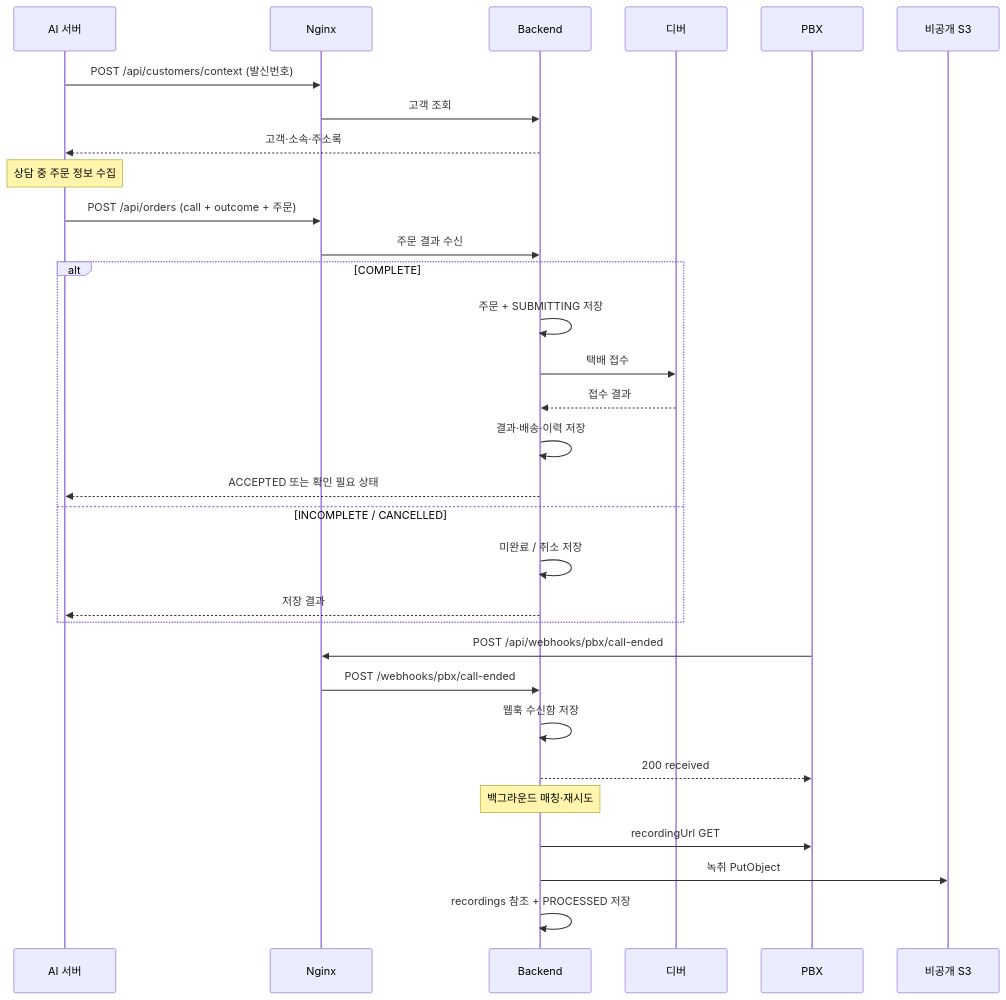
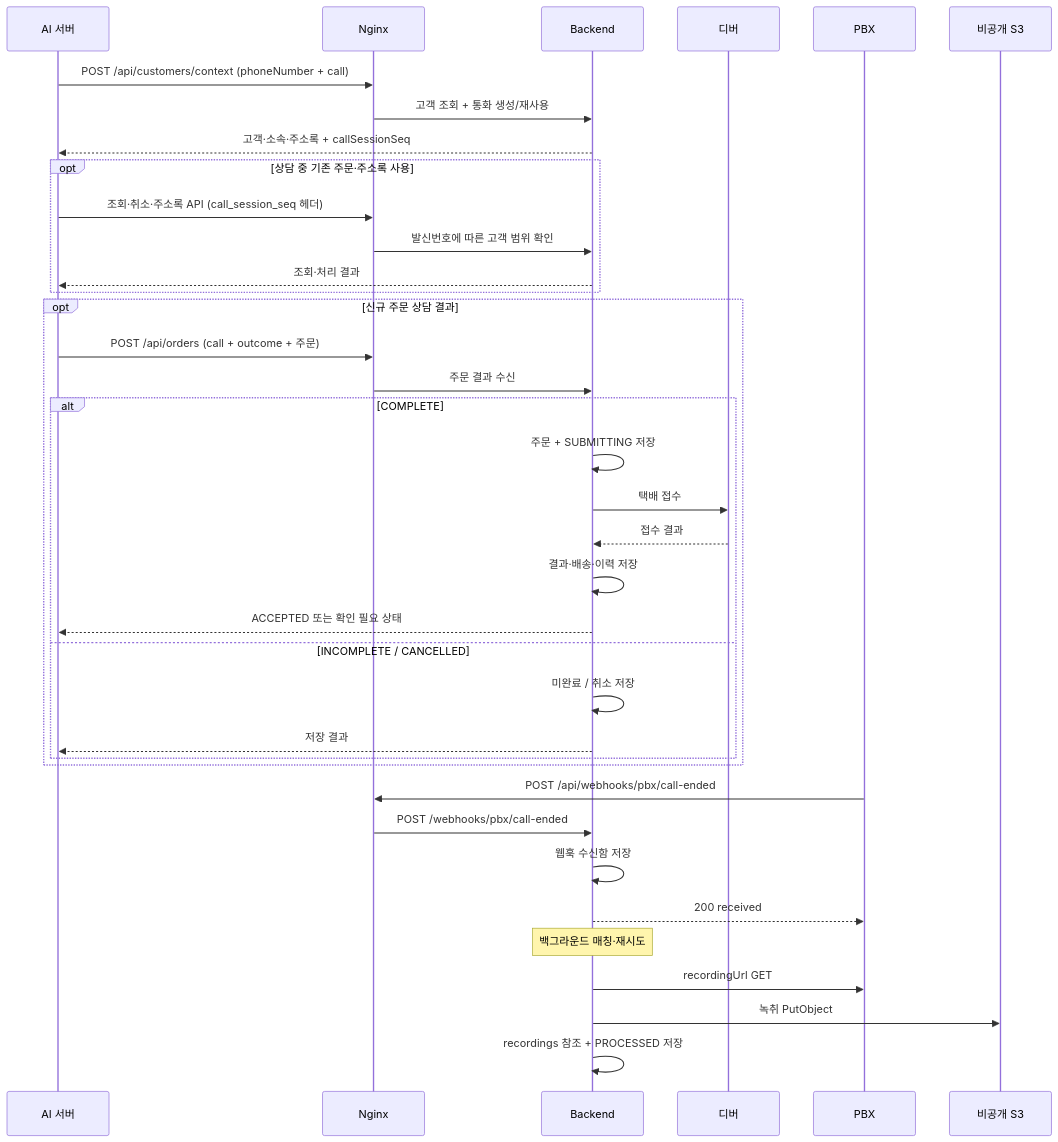
One commit to 42JH/DVA changed the diagram in docs/api/ai-pbx-recordings.md. Above: the diagram before and after it, drawn with Mermaid. The commit also changed other lines of this file and 7 other files, not shown here.

````diff
--- a/docs/api/ai-pbx-recordings.md
+++ b/docs/api/ai-pbx-recordings.md
@@ -7,33 +7,39 @@
 ```mermaid
 sequenceDiagram
   participant AI as AI 서버
   participant N as Nginx
   participant B as Backend
   participant D as 디버
   participant P as PBX
   participant S as 비공개 S3
-  AI->>N: POST /api/customers/context (발신번호)
-  N->>B: 고객 조회
-  B-->>AI: 고객·소속·주소록
-  Note over AI: 상담 중 주문 정보 수집
+  AI->>N: POST /api/customers/context (phoneNumber + call)
+  N->>B: 고객 조회 + 통화 생성/재사용
+  B-->>AI: 고객·소속·주소록 + callSessionSeq
+  opt 상담 중 기존 주문·주소록 사용
+    AI->>N: 조회·취소·주소록 API (call_session_seq 헤더)
+    N->>B: 발신번호에 따른 고객 범위 확인
+    B-->>AI: 조회·처리 결과
+  end
+  opt 신규 주문 상담 결과
   AI->>N: POST /api/orders (call + outcome + 주문)
   N->>B: 주문 결과 수신
   alt COMPLETE
     B->>B: 주문 + SUBMITTING 저장
     B->>D: 택배 접수
     D-->>B: 접수 결과
     B->>B: 결과·배송·이력 저장
     B-->>AI: ACCEPTED 또는 확인 필요 상태
   else INCOMPLETE / CANCELLED
     B->>B: 미완료 / 취소 저장
     B-->>AI: 저장 결과
   end
+  end
   P->>N: POST /api/webhooks/pbx/call-ended
   N->>B: POST /webhooks/pbx/call-ended
   B->>B: 웹훅 수신함 저장
   B-->>P: 200 received
   Note over B: 백그라운드 매칭·재시도
   B->>P: recordingUrl GET
   B->>S: 녹취 PutObject
   B->>B: recordings 참조 + PROCESSED 저장
 ```
````
